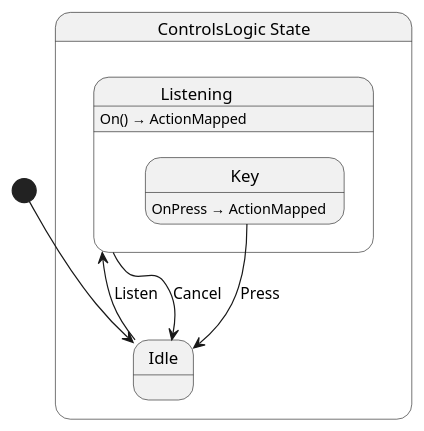
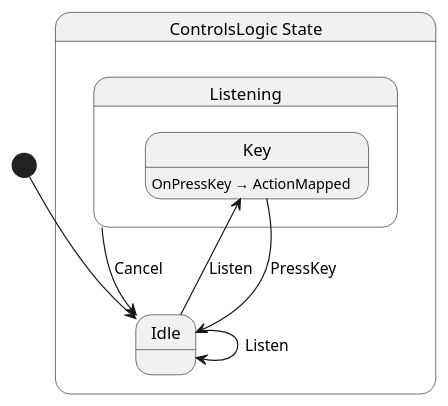
Before and after one commit to nilsiker/yolk: the diagram in Yolk.Logic/Controls/ControlsLogic.g.puml, drawn with PlantUML. The commit also changed 3 other files, not shown here.

```diff
--- a/Yolk.Logic/Controls/ControlsLogic.g.puml
+++ b/Yolk.Logic/Controls/ControlsLogic.g.puml
@@ -1,17 +1,17 @@
 @startuml ControlsLogic
 state "ControlsLogic State" as Yolk_Logic_Controls_ControlsLogic_State {
   state "Idle" as Yolk_Logic_Controls_ControlsLogic_State_Idle
   state "Listening" as Yolk_Logic_Controls_ControlsLogic_State_Listening {
     state "Key" as Yolk_Logic_Controls_ControlsLogic_State_Listening_Key
   }
 }
 
-Yolk_Logic_Controls_ControlsLogic_State_Idle --> Yolk_Logic_Controls_ControlsLogic_State_Listening : Listen
+Yolk_Logic_Controls_ControlsLogic_State_Idle --> Yolk_Logic_Controls_ControlsLogic_State_Idle : Listen
+Yolk_Logic_Controls_ControlsLogic_State_Idle --> Yolk_Logic_Controls_ControlsLogic_State_Listening_Key : Listen
 Yolk_Logic_Controls_ControlsLogic_State_Listening --> Yolk_Logic_Controls_ControlsLogic_State_Idle : Cancel
-Yolk_Logic_Controls_ControlsLogic_State_Listening_Key --> Yolk_Logic_Controls_ControlsLogic_State_Idle : Press
+Yolk_Logic_Controls_ControlsLogic_State_Listening_Key --> Yolk_Logic_Controls_ControlsLogic_State_Idle : PressKey
 
-Yolk_Logic_Controls_ControlsLogic_State_Listening : On() → ActionMapped
-Yolk_Logic_Controls_ControlsLogic_State_Listening_Key : OnPress → ActionMapped
+Yolk_Logic_Controls_ControlsLogic_State_Listening_Key : OnPressKey → ActionMapped
 
 [*] --> Yolk_Logic_Controls_ControlsLogic_State_Idle
 @enduml
```
